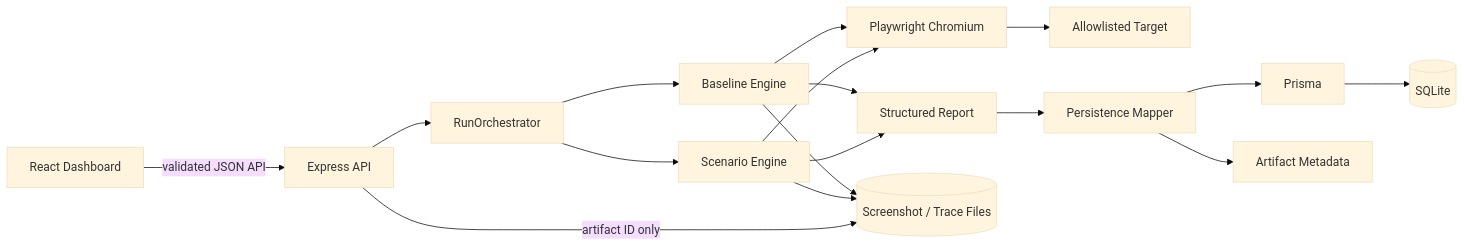
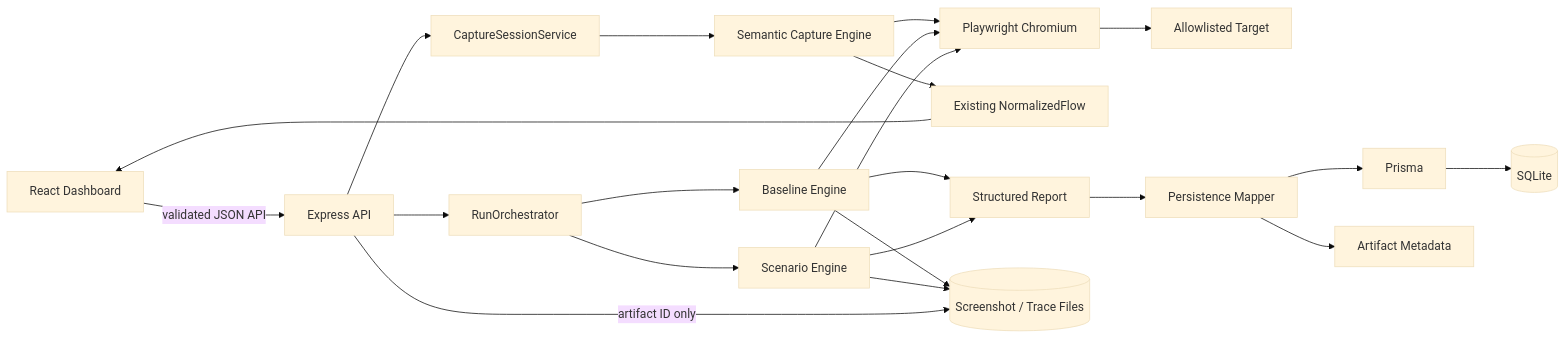
One commit to mawadda11/ghostQA changed the first of 3 diagrams in docs/ARCHITECTURE.md. Above: the diagram before and after it, drawn with Mermaid (base theme). The commit also changed other lines of this file and 89 other files, not shown here.

````diff
--- a/docs/ARCHITECTURE.md
+++ b/docs/ARCHITECTURE.md
@@ -8,19 +8,24 @@
 ```mermaid
 flowchart LR
     D[React Dashboard] -->|validated JSON API| A[Express API]
+    A --> CS[CaptureSessionService]
+    CS --> CE[Semantic Capture Engine]
+    CE --> C[Playwright Chromium]
+    CE --> N[Existing NormalizedFlow]
+    N --> D
     A --> O[RunOrchestrator]
     O --> B[Baseline Engine]
     O --> S[Scenario Engine]
-    B --> C[Playwright Chromium]
+    B --> C
     S --> C
     C --> T[Allowlisted Target]
     B --> R[Structured Report]
     S --> R
     R --> M[Persistence Mapper]
     M --> P[Prisma]
     P --> DB[(SQLite)]
     M --> F[Artifact Metadata]
     B --> FS[(Screenshot / Trace Files)]
     S --> FS
     A -->|artifact ID only| FS
 ```
````
